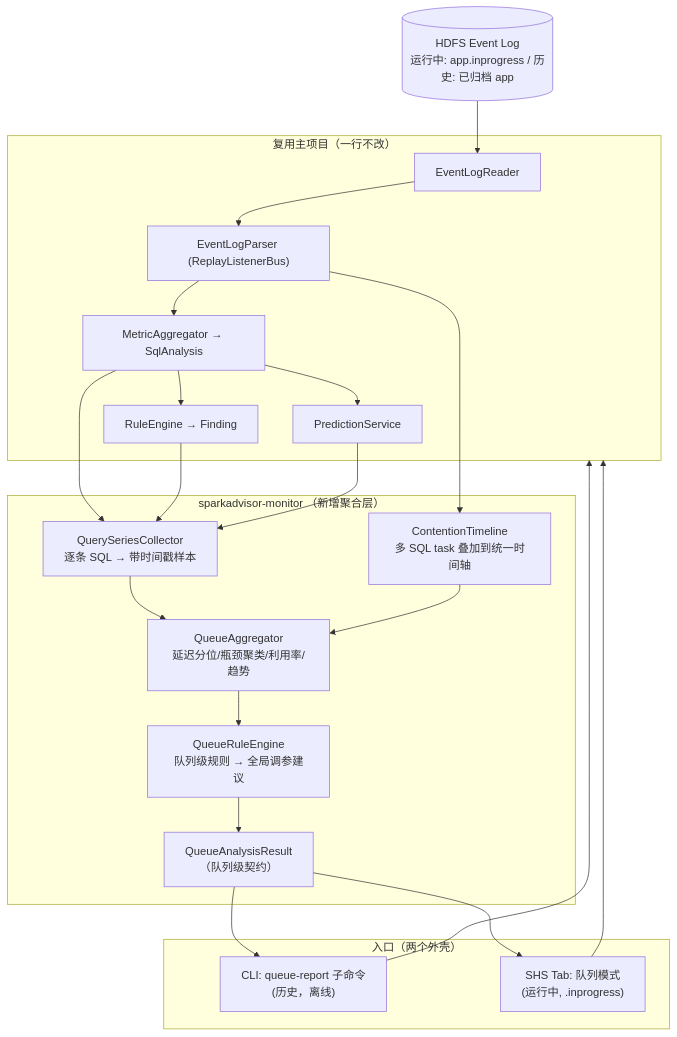
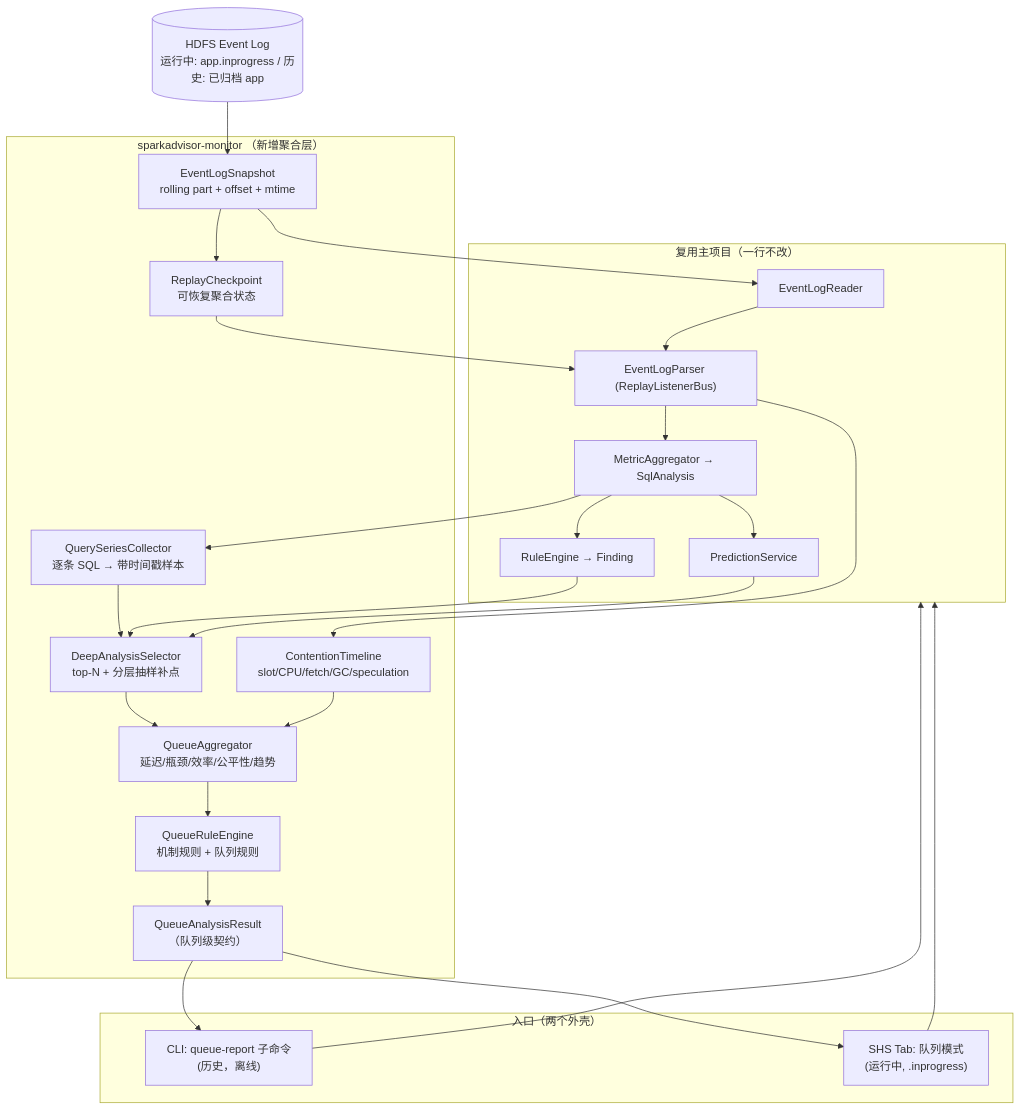
One commit to gauss1314/SparkAdvisor changed the first of 6 diagrams in SparkAdvisor-monitor-design.md. Above: the diagram before and after it, drawn with Mermaid. The commit also changed other lines of this file, not shown here.

````diff
--- a/SparkAdvisor-monitor-design.md
+++ b/SparkAdvisor-monitor-design.md
@@ -56,37 +60,43 @@
 ```mermaid
 flowchart TB
     HDFS[("HDFS Event Log<br/>运行中: app.inprogress / 历史: 已归档 app")]
 
     subgraph reuse["复用主项目（一行不改）"]
         Reader["EventLogReader"]
         Parser["EventLogParser (ReplayListenerBus)"]
         Agg["MetricAggregator → SqlAnalysis"]
         Rules["RuleEngine → Finding"]
         Pred["PredictionService"]
     end
 
     subgraph monitor["sparkadvisor-monitor （新增聚合层）"]
+        Snapshot["EventLogSnapshot<br/>rolling part + offset + mtime"]
+        Checkpoint["ReplayCheckpoint<br/>可恢复聚合状态"]
         Collector["QuerySeriesCollector<br/>逐条 SQL → 带时间戳样本"]
-        Contention["ContentionTimeline<br/>多 SQL task 叠加到统一时间轴"]
-        QAgg["QueueAggregator<br/>延迟分位/瓶颈聚类/利用率/趋势"]
-        QRules["QueueRuleEngine<br/>队列级规则 → 全局调参建议"]
+        Sampler["DeepAnalysisSelector<br/>top-N + 分层抽样补点"]
+        Contention["ContentionTimeline<br/>slot/CPU/fetch/GC/speculation"]
+        QAgg["QueueAggregator<br/>延迟/瓶颈/效率/公平性/趋势"]
+        QRules["QueueRuleEngine<br/>机制规则 + 队列规则"]
         QResult["QueueAnalysisResult<br/>（队列级契约）"]
     end
 
     subgraph entry["入口（两个外壳）"]
         CLI["CLI: queue-report 子命令<br/>(历史，离线)"]
         Tab["SHS Tab: 队列模式<br/>(运行中, .inprogress)"]
     end
 
-    HDFS --> Reader --> Parser
+    HDFS --> Snapshot --> Reader --> Parser
+    Snapshot --> Checkpoint
+    Checkpoint --> Parser
     Parser --> Agg --> Collector
-    Agg --> Rules --> Collector
-    Agg --> Pred --> Collector
+    Collector --> Sampler
+    Agg --> Rules --> Sampler
+    Agg --> Pred --> Sampler
     Parser --> Contention
-    Collector --> QAgg --> QRules --> QResult
+    Sampler --> QAgg --> QRules --> QResult
     Contention --> QAgg
     CLI --> reuse
     Tab --> reuse
     QResult --> CLI
     QResult --> Tab
 ```
````
